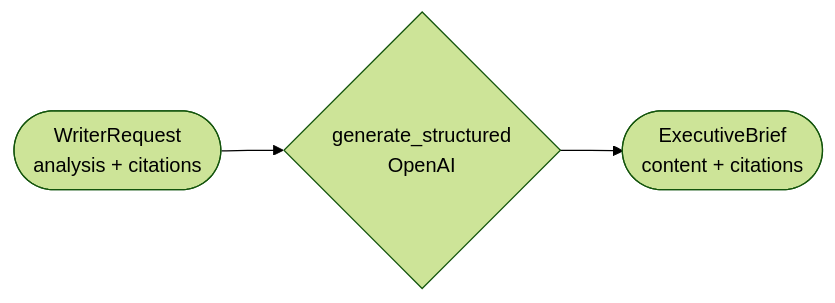
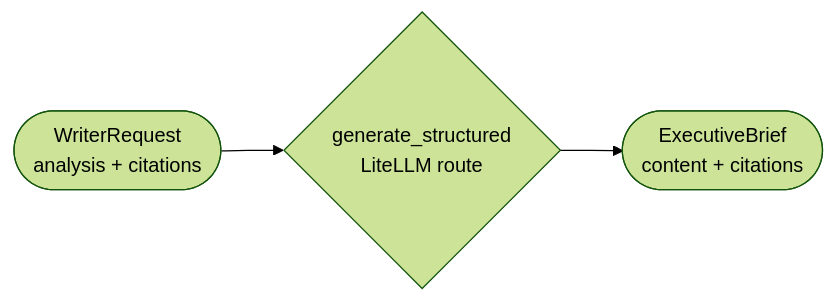
Before and after one commit to Anhnguyenk835/multi-agent: the diagram in services/writer/README.md, drawn with Mermaid (forest theme). The commit also changed other lines of this file and 63 other files, not shown here.

Commit message:
integrate liteLLM LLM-gateway

````diff
--- a/services/writer/README.md
+++ b/services/writer/README.md
@@ -8,5 +8,5 @@
 ```mermaid
 flowchart LR
-    IN([WriterRequest<br/>analysis + citations]) --> G{generate_structured<br/>OpenAI}
+    IN([WriterRequest<br/>analysis + citations]) --> G{generate_structured<br/>LiteLLM route}
     G --> OUT([ExecutiveBrief<br/>content + citations])
 ```
````
